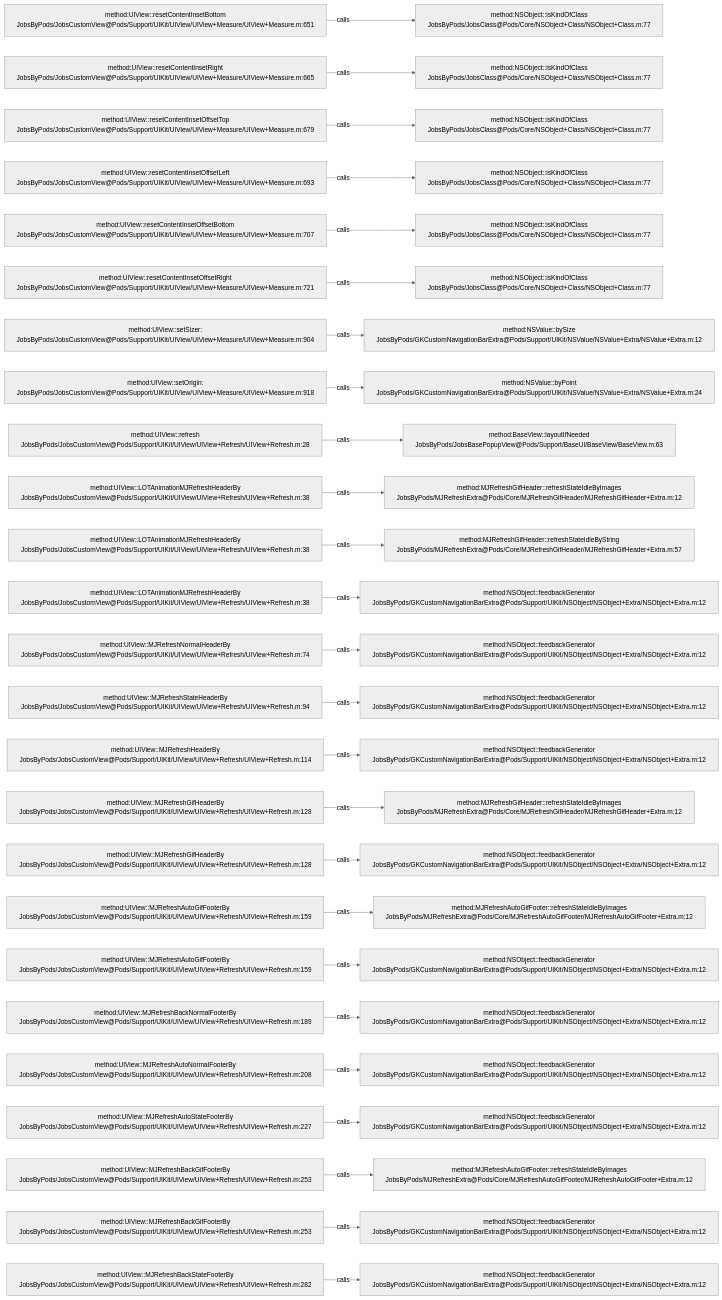
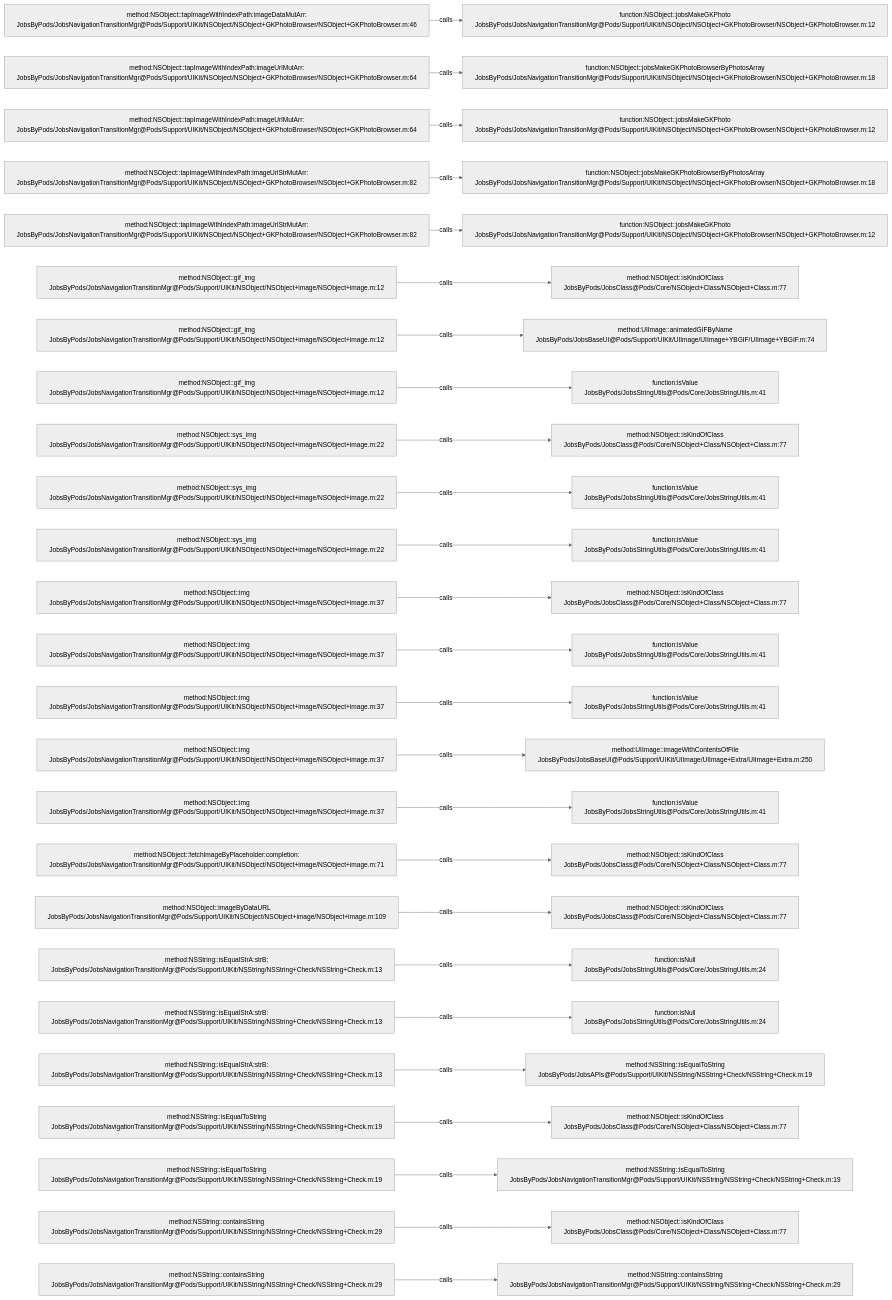
One commit to JobsKits/JobsOCBaseConfigDemo changed the diagram in .codegraph/codegraph.md/graphs/calls-087.md. Above: the diagram before and after it, drawn with Mermaid (neutral theme). The commit also changed 573 other files, not shown here.

````diff
--- a/.codegraph/codegraph.md/graphs/calls-087.md
+++ b/.codegraph/codegraph.md/graphs/calls-087.md
@@ -13,78 +13,78 @@
 ```mermaid
 flowchart LR
-  S1["method:UIView::resetContentInsetBottom<br/>JobsByPods/JobsCustomView@Pods/Support/UIKit/UIView/UIView+Measure/UIView+Measure.m:651"]
-  T1["method:NSObject::isKindOfClass<br/>JobsByPods/JobsClass@Pods/Core/NSObject+Class/NSObject+Class.m:77"]
+  S1["method:NSObject::tapImageWithIndexPath:imageDataMutArr:<br/>JobsByPods/JobsNavigationTransitionMgr@Pods/Support/UIKit/NSObject/NSObject+GKPhotoBrowser/NSObject+GKPhotoBrowser.m:46"]
+  T1["function:NSObject::jobsMakeGKPhoto<br/>JobsByPods/JobsNavigationTransitionMgr@Pods/Support/UIKit/NSObject/NSObject+GKPhotoBrowser/NSObject+GKPhotoBrowser.m:12"]
   S1 -->|calls| T1
-  S2["method:UIView::resetContentInsetRight<br/>JobsByPods/JobsCustomView@Pods/Support/UIKit/UIView/UIView+Measure/UIView+Measure.m:665"]
-  T2["method:NSObject::isKindOfClass<br/>JobsByPods/JobsClass@Pods/Core/NSObject+Class/NSObject+Class.m:77"]
+  S2["method:NSObject::tapImageWithIndexPath:imageUrlMutArr:<br/>JobsByPods/JobsNavigationTransitionMgr@Pods/Support/UIKit/NSObject/NSObject+GKPhotoBrowser/NSObject+GKPhotoBrowser.m:64"]
+  T2["function:NSObject::jobsMakeGKPhotoBrowserByPhotosArray<br/>JobsByPods/JobsNavigationTransitionMgr@Pods/Support/UIKit/NSObject/NSObject+GKPhotoBrowser/NSObject+GKPhotoBrowser.m:18"]
   S2 -->|calls| T2
-  S3["method:UIView::resetContentInsetOffsetTop<br/>JobsByPods/JobsCustomView@Pods/Support/UIKit/UIView/UIView+Measure/UIView+Measure.m:679"]
-  T3["method:NSObject::isKindOfClass<br/>JobsByPods/JobsClass@Pods/Core/NSObject+Class/NSObject+Class.m:77"]
+  S3["method:NSObject::tapImageWithIndexPath:imageUrlMutArr:<br/>JobsByPods/JobsNavigationTransitionMgr@Pods/Support/UIKit/NSObject/NSObject+GKPhotoBrowser/NSObject+GKPhotoBrowser.m:64"]
+  T3["function:NSObject::jobsMakeGKPhoto<br/>JobsByPods/JobsNavigationTransitionMgr@Pods/Support/UIKit/NSObject/NSObject+GKPhotoBrowser/NSObject+GKPhotoBrowser.m:12"]
   S3 -->|calls| T3
-  S4["method:UIView::resetContentInsetOffsetLeft<br/>JobsByPods/JobsCustomView@Pods/Support/UIKit/UIView/UIView+Measure/UIView+Measure.m:693"]
-  T4["method:NSObject::isKindOfClass<br/>JobsByPods/JobsClass@Pods/Core/NSObject+Class/NSObject+Class.m:77"]
+  S4["method:NSObject::tapImageWithIndexPath:imageUrlStrMutArr:<br/>JobsByPods/JobsNavigationTransitionMgr@Pods/Support/UIKit/NSObject/NSObject+GKPhotoBrowser/NSObject+GKPhotoBrowser.m:82"]
+  T4["function:NSObject::jobsMakeGKPhotoBrowserByPhotosArray<br/>JobsByPods/JobsNavigationTransitionMgr@Pods/Support/UIKit/NSObject/NSObject+GKPhotoBrowser/NSObject+GKPhotoBrowser.m:18"]
   S4 -->|calls| T4
-  S5["method:UIView::resetContentInsetOffsetBottom<br/>JobsByPods/JobsCustomView@Pods/Support/UIKit/UIView/UIView+Measure/UIView+Measure.m:707"]
-  T5["method:NSObject::isKindOfClass<br/>JobsByPods/JobsClass@Pods/Core/NSObject+Class/NSObject+Class.m:77"]
+  S5["method:NSObject::tapImageWithIndexPath:imageUrlStrMutArr:<br/>JobsByPods/JobsNavigationTransitionMgr@Pods/Support/UIKit/NSObject/NSObject+GKPhotoBrowser/NSObject+GKPhotoBrowser.m:82"]
+  T5["function:NSObject::jobsMakeGKPhoto<br/>JobsByPods/JobsNavigationTransitionMgr@Pods/Support/UIKit/NSObject/NSObject+GKPhotoBrowser/NSObject+GKPhotoBrowser.m:12"]
   S5 -->|calls| T5
-  S6["method:UIView::resetContentInsetOffsetRight<br/>JobsByPods/JobsCustomView@Pods/Support/UIKit/UIView/UIView+Measure/UIView+Measure.m:721"]
+  S6["method:NSObject::gif_img<br/>JobsByPods/JobsNavigationTransitionMgr@Pods/Support/UIKit/NSObject/NSObject+image/NSObject+image.m:12"]
   T6["method:NSObject::isKindOfClass<br/>JobsByPods/JobsClass@Pods/Core/NSObject+Class/NSObject+Class.m:77"]
   S6 -->|calls| T6
-  S7["method:UIView::setSizer:<br/>JobsByPods/JobsCustomView@Pods/Support/UIKit/UIView/UIView+Measure/UIView+Measure.m:904"]
-  T7["method:NSValue::bySize<br/>JobsByPods/GKCustomNavigationBarExtra@Pods/Support/UIKit/NSValue/NSValue+Extra/NSValue+Extra.m:12"]
+  S7["method:NSObject::gif_img<br/>JobsByPods/JobsNavigationTransitionMgr@Pods/Support/UIKit/NSObject/NSObject+image/NSObject+image.m:12"]
+  T7["method:UIImage::animatedGIFByName<br/>JobsByPods/JobsBaseUI@Pods/Support/UIKit/UIImage/UIImage+YBGIF/UIImage+YBGIF.m:74"]
   S7 -->|calls| T7
-  S8["method:UIView::setOrigin:<br/>JobsByPods/JobsCustomView@Pods/Support/UIKit/UIView/UIView+Measure/UIView+Measure.m:918"]
-  T8["method:NSValue::byPoint<br/>JobsByPods/GKCustomNavigationBarExtra@Pods/Support/UIKit/NSValue/NSValue+Extra/NSValue+Extra.m:24"]
+  S8["method:NSObject::gif_img<br/>JobsByPods/JobsNavigationTransitionMgr@Pods/Support/UIKit/NSObject/NSObject+image/NSObject+image.m:12"]
+  T8["function:isValue<br/>JobsByPods/JobsStringUtils@Pods/Core/JobsStringUtils.m:41"]
   S8 -->|calls| T8
-  S9["method:UIView::refresh<br/>JobsByPods/JobsCustomView@Pods/Support/UIKit/UIView/UIView+Refresh/UIView+Refresh.m:28"]
-  T9["method:BaseView::layoutIfNeeded<br/>JobsByPods/JobsBasePopupView@Pods/Support/BaseUI/BaseView/BaseView.m:63"]
+  S9["method:NSObject::sys_img<br/>JobsByPods/JobsNavigationTransitionMgr@Pods/Support/UIKit/NSObject/NSObject+image/NSObject+image.m:22"]
+  T9["method:NSObject::isKindOfClass<br/>JobsByPods/JobsClass@Pods/Core/NSObject+Class/NSObject+Class.m:77"]
   S9 -->|calls| T9
-  S10["method:UIView::LOTAnimationMJRefreshHeaderBy<br/>JobsByPods/JobsCustomView@Pods/Support/UIKit/UIView/UIView+Refresh/UIView+Refresh.m:38"]
-  T10["method:MJRefreshGifHeader::refreshStateIdleByImages<br/>JobsByPods/MJRefreshExtra@Pods/Core/MJRefreshGifHeader/MJRefreshGifHeader+Extra.m:12"]
+  S10["method:NSObject::sys_img<br/>JobsByPods/JobsNavigationTransitionMgr@Pods/Support/UIKit/NSObject/NSObject+image/NSObject+image.m:22"]
+  T10["function:isValue<br/>JobsByPods/JobsStringUtils@Pods/Core/JobsStringUtils.m:41"]
   S10 -->|calls| T10
-  S11["method:UIView::LOTAnimationMJRefreshHeaderBy<br/>JobsByPods/JobsCustomView@Pods/Support/UIKit/UIView/UIView+Refresh/UIView+Refresh.m:38"]
-  T11["method:MJRefreshGifHeader::refreshStateIdleByString<br/>JobsByPods/MJRefreshExtra@Pods/Core/MJRefreshGifHeader/MJRefreshGifHeader+Extra.m:57"]
+  S11["method:NSObject::sys_img<br/>JobsByPods/JobsNavigationTransitionMgr@Pods/Support/UIKit/NSObject/NSObject+image/NSObject+image.m:22"]
+  T11["function:isValue<br/>JobsByPods/JobsStringUtils@Pods/Core/JobsStringUtils.m:41"]
   S11 -->|calls| T11
-  S12["method:UIView::LOTAnimationMJRefreshHeaderBy<br/>JobsByPods/JobsCustomView@Pods/Support/UIKit/UIView/UIView+Refresh/UIView+Refresh.m:38"]
-  T12["method:NSObject::feedbackGenerator<br/>JobsByPods/GKCustomNavigationBarExtra@Pods/Support/UIKit/NSObject/NSObject+Extra/NSObject+Extra.m:12"]
+  S12["method:NSObject::img<br/>JobsByPods/JobsNavigationTransitionMgr@Pods/Support/UIKit/NSObject/NSObject+image/NSObject+image.m:37"]
+  T12["method:NSObject::isKindOfClass<br/>JobsByPods/JobsClass@Pods/Core/NSObject+Class/NSObject+Class.m:77"]
   S12 -->|calls| T12
-  S13["method:UIView::MJRefreshNormalHeaderBy<br/>JobsByPods/JobsCustomView@Pods/Support/UIKit/UIView/UIView+Refresh/UIView+Refresh.m:74"]
-  T13["method:NSObject::feedbackGenerator<br/>JobsByPods/GKCustomNavigationBarExtra@Pods/Support/UIKit/NSObject/NSObject+Extra/NSObject+Extra.m:12"]
+  S13["method:NSObject::img<br/>JobsByPods/JobsNavigationTransitionMgr@Pods/Support/UIKit/NSObject/NSObject+image/NSObject+image.m:37"]
+  T13["function:isValue<br/>JobsByPods/JobsStringUtils@Pods/Core/JobsStringUtils.m:41"]
   S13 -->|calls| T13
-  S14["method:UIView::MJRefreshStateHeaderBy<br/>JobsByPods/JobsCustomView@Pods/Support/UIKit/UIView/UIView+Refresh/UIView+Refresh.m:94"]
-  T14["method:NSObject::feedbackGenerator<br/>JobsByPods/GKCustomNavigationBarExtra@Pods/Support/UIKit/NSObject/NSObject+Extra/NSObject+Extra.m:12"]
+  S14["method:NSObject::img<br/>JobsByPods/JobsNavigationTransitionMgr@Pods/Support/UIKit/NSObject/NSObject+image/NSObject+image.m:37"]
+  T14["function:isValue<br/>JobsByPods/JobsStringUtils@Pods/Core/JobsStringUtils.m:41"]
   S14 -->|calls| T14
-  S15["method:UIView::MJRefreshHeaderBy<br/>JobsByPods/JobsCustomView@Pods/Support/UIKit/UIView/UIView+Refresh/UIView+Refresh.m:114"]
-  T15["method:NSObject::feedbackGenerator<br/>JobsByPods/GKCustomNavigationBarExtra@Pods/Support/UIKit/NSObject/NSObject+Extra/NSObject+Extra.m:12"]
+  S15["method:NSObject::img<br/>JobsByPods/JobsNavigationTransitionMgr@Pods/Support/UIKit/NSObject/NSObject+image/NSObject+image.m:37"]
+  T15["method:UIImage::imageWithContentsOfFile<br/>JobsByPods/JobsBaseUI@Pods/Support/UIKit/UIImage/UIImage+Extra/UIImage+Extra.m:250"]
   S15 -->|calls| T15
-  S16["method:UIView::MJRefreshGifHeaderBy<br/>JobsByPods/JobsCustomView@Pods/Support/UIKit/UIView/UIView+Refresh/UIView+Refresh.m:128"]
-  T16["method:MJRefreshGifHeader::refreshStateIdleByImages<br/>JobsByPods/MJRefreshExtra@Pods/Core/MJRefreshGifHeader/MJRefreshGifHeader+Extra.m:12"]
+  S16["method:NSObject::img<br/>JobsByPods/JobsNavigationTransitionMgr@Pods/Support/UIKit/NSObject/NSObject+image/NSObject+image.m:37"]
+  T16["function:isValue<br/>JobsByPods/JobsStringUtils@Pods/Core/JobsStringUtils.m:41"]
   S16 -->|calls| T16
-  S17["method:UIView::MJRefreshGifHeaderBy<br/>JobsByPods/JobsCustomView@Pods/Support/UIKit/UIView/UIView+Refresh/UIView+Refresh.m:128"]
-  T17["method:NSObject::feedbackGenerator<br/>JobsByPods/GKCustomNavigationBarExtra@Pods/Support/UIKit/NSObject/NSObject+Extra/NSObject+Extra.m:12"]
+  S17["method:NSObject::fetchImageByPlaceholder:completion:<br/>JobsByPods/JobsNavigationTransitionMgr@Pods/Support/UIKit/NSObject/NSObject+image/NSObject+image.m:71"]
+  T17["method:NSObject::isKindOfClass<br/>JobsByPods/JobsClass@Pods/Core/NSObject+Class/NSObject+Class.m:77"]
   S17 -->|calls| T17
-  S18["method:UIView::MJRefreshAutoGifFooterBy<br/>JobsByPods/JobsCustomView@Pods/Support/UIKit/UIView/UIView+Refresh/UIView+Refresh.m:159"]
-  T18["method:MJRefreshAutoGifFooter::refreshStateIdleByImages<br/>JobsByPods/MJRefreshExtra@Pods/Core/MJRefreshAutoGifFooter/MJRefreshAutoGifFooter+Extra.m:12"]
+  S18["method:NSObject::imageByDataURL<br/>JobsByPods/JobsNavigationTransitionMgr@Pods/Support/UIKit/NSObject/NSObject+image/NSObject+image.m:109"]
+  T18["method:NSObject::isKindOfClass<br/>JobsByPods/JobsClass@Pods/Core/NSObject+Class/NSObject+Class.m:77"]
   S18 -->|calls| T18
-  S19["method:UIView::MJRefreshAutoGifFooterBy<br/>JobsByPods/JobsCustomView@Pods/Support/UIKit/UIView/UIView+Refresh/UIView+Refresh.m:159"]
-  T19["method:NSObject::feedbackGenerator<br/>JobsByPods/GKCustomNavigationBarExtra@Pods/Support/UIKit/NSObject/NSObject+Extra/NSObject+Extra.m:12"]
+  S19["method:NSString::isEqualStrA:strB:<br/>JobsByPods/JobsNavigationTransitionMgr@Pods/Support/UIKit/NSString/NSString+Check/NSString+Check.m:13"]
+  T19["function:isNull<br/>JobsByPods/JobsStringUtils@Pods/Core/JobsStringUtils.m:24"]
   S19 -->|calls| T19
-  S20["method:UIView::MJRefreshBackNormalFooterBy<br/>JobsByPods/JobsCustomView@Pods/Support/UIKit/UIView/UIView+Refresh/UIView+Refresh.m:189"]
-  T20["method:NSObject::feedbackGenerator<br/>JobsByPods/GKCustomNavigationBarExtra@Pods/Support/UIKit/NSObject/NSObject+Extra/NSObject+Extra.m:12"]
+  S20["method:NSString::isEqualStrA:strB:<br/>JobsByPods/JobsNavigationTransitionMgr@Pods/Support/UIKit/NSString/NSString+Check/NSString+Check.m:13"]
+  T20["function:isNull<br/>JobsByPods/JobsStringUtils@Pods/Core/JobsStringUtils.m:24"]
   S20 -->|calls| T20
-  S21["method:UIView::MJRefreshAutoNormalFooterBy<br/>JobsByPods/JobsCustomView@Pods/Support/UIKit/UIView/UIView+Refresh/UIView+Refresh.m:208"]
-  T21["method:NSObject::feedbackGenerator<br/>JobsByPods/GKCustomNavigationBarExtra@Pods/Support/UIKit/NSObject/NSObject+Extra/NSObject+Extra.m:12"]
+  S21["method:NSString::isEqualStrA:strB:<br/>JobsByPods/JobsNavigationTransitionMgr@Pods/Support/UIKit/NSString/NSString+Check/NSString+Check.m:13"]
+  T21["method:NSString::isEqualToString<br/>JobsByPods/JobsAPIs@Pods/Support/UIKit/NSString/NSString+Check/NSString+Check.m:19"]
   S21 -->|calls| T21
-  S22["method:UIView::MJRefreshAutoStateFooterBy<br/>JobsByPods/JobsCustomView@Pods/Support/UIKit/UIView/UIView+Refresh/UIView+Refresh.m:227"]
-  T22["method:NSObject::feedbackGenerator<br/>JobsByPods/GKCustomNavigationBarExtra@Pods/Support/UIKit/NSObject/NSObject+Extra/NSObject+Extra.m:12"]
+  S22["method:NSString::isEqualToString<br/>JobsByPods/JobsNavigationTransitionMgr@Pods/Support/UIKit/NSString/NSString+Check/NSString+Check.m:19"]
+  T22["method:NSObject::isKindOfClass<br/>JobsByPods/JobsClass@Pods/Core/NSObject+Class/NSObject+Class.m:77"]
   S22 -->|calls| T22
-  S23["method:UIView::MJRefreshBackGifFooterBy<br/>JobsByPods/JobsCustomView@Pods/Support/UIKit/UIView/UIView+Refresh/UIView+Refresh.m:253"]
-  T23["method:MJRefreshAutoGifFooter::refreshStateIdleByImages<br/>JobsByPods/MJRefreshExtra@Pods/Core/MJRefreshAutoGifFooter/MJRefreshAutoGifFooter+Extra.m:12"]
+  S23["method:NSString::isEqualToString<br/>JobsByPods/JobsNavigationTransitionMgr@Pods/Support/UIKit/NSString/NSString+Check/NSString+Check.m:19"]
+  T23["method:NSString::isEqualToString<br/>JobsByPods/JobsNavigationTransitionMgr@Pods/Support/UIKit/NSString/NSString+Check/NSString+Check.m:19"]
   S23 -->|calls| T23
-  S24["method:UIView::MJRefreshBackGifFooterBy<br/>JobsByPods/JobsCustomView@Pods/Support/UIKit/UIView/UIView+Refresh/UIView+Refresh.m:253"]
-  T24["method:NSObject::feedbackGenerator<br/>JobsByPods/GKCustomNavigationBarExtra@Pods/Support/UIKit/NSObject/NSObject+Extra/NSObject+Extra.m:12"]
+  S24["method:NSString::containsString<br/>JobsByPods/JobsNavigationTransitionMgr@Pods/Support/UIKit/NSString/NSString+Check/NSString+Check.m:29"]
+  T24["method:NSObject::isKindOfClass<br/>JobsByPods/JobsClass@Pods/Core/NSObject+Class/NSObject+Class.m:77"]
   S24 -->|calls| T24
-  S25["method:UIView::MJRefreshBackStateFooterBy<br/>JobsByPods/JobsCustomView@Pods/Support/UIKit/UIView/UIView+Refresh/UIView+Refresh.m:282"]
-  T25["method:NSObject::feedbackGenerator<br/>JobsByPods/GKCustomNavigationBarExtra@Pods/Support/UIKit/NSObject/NSObject+Extra/NSObject+Extra.m:12"]
+  S25["method:NSString::containsString<br/>JobsByPods/JobsNavigationTransitionMgr@Pods/Support/UIKit/NSString/NSString+Check/NSString+Check.m:29"]
+  T25["method:NSString::containsString<br/>JobsByPods/JobsNavigationTransitionMgr@Pods/Support/UIKit/NSString/NSString+Check/NSString+Check.m:29"]
   S25 -->|calls| T25
 ```
````
